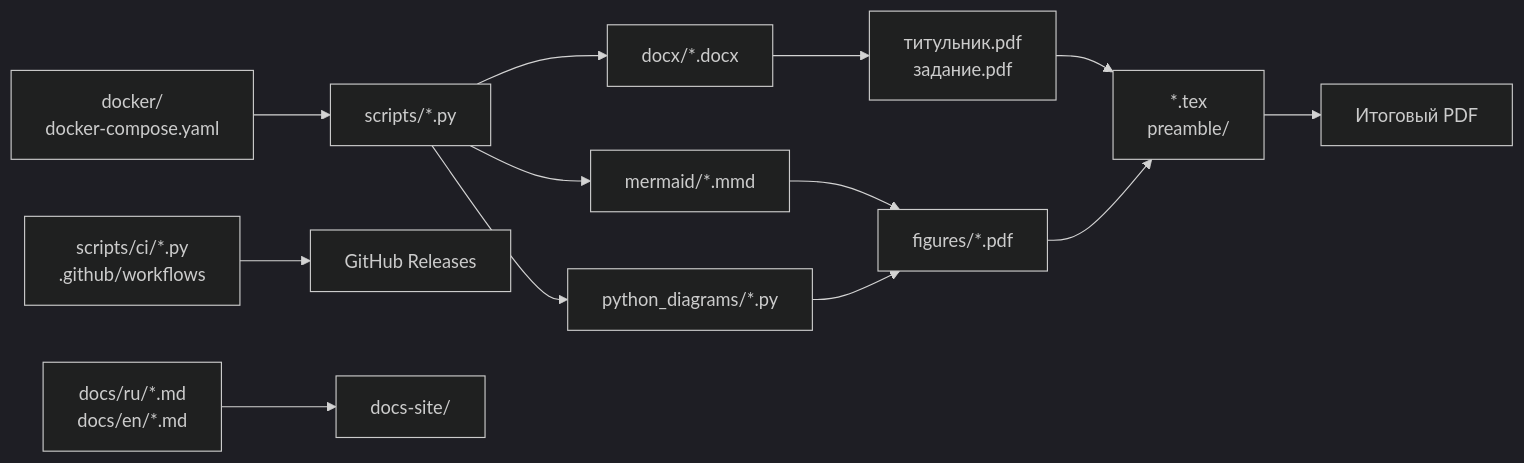
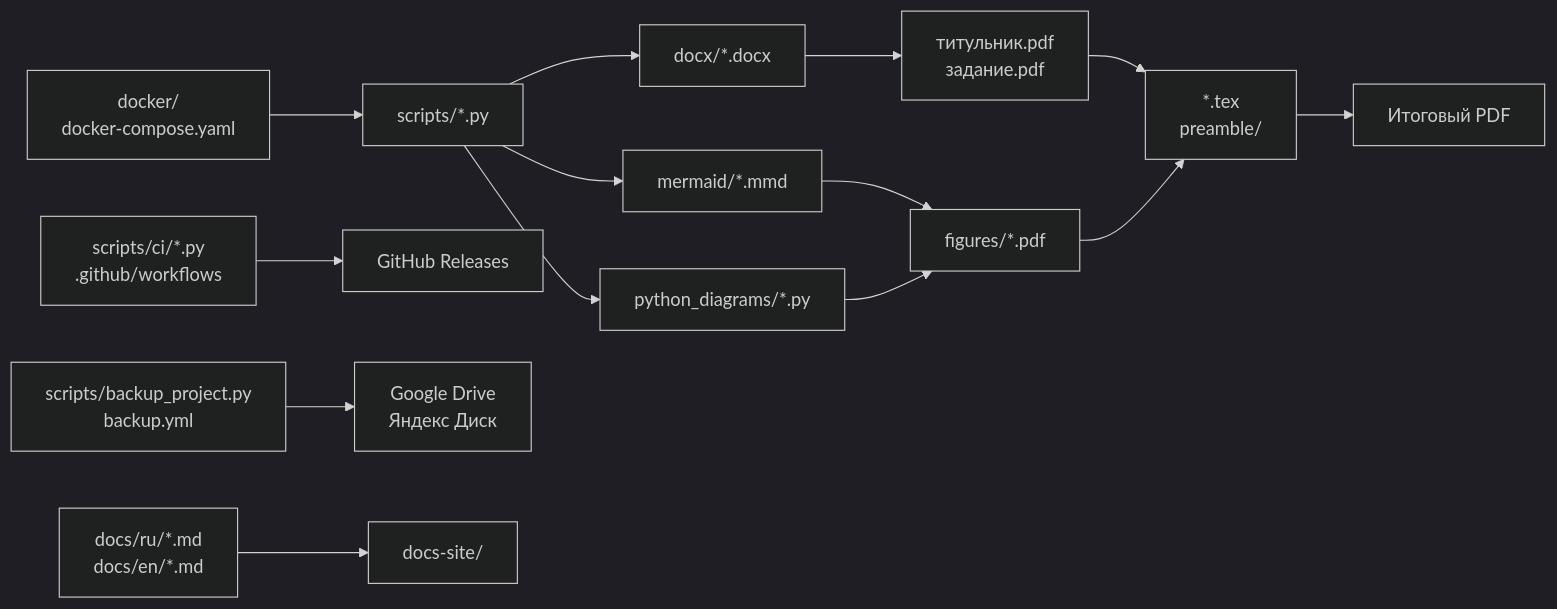
The diagram in docs/ru/project-structure.md (ethercod3/latex_thesis_template), drawn with Mermaid (dark theme) before and after one commit. The commit also changed other lines of this file and 12 other files, not shown here.

Commit message:
feat: add backup documentation and integrate backup functionality into project structure

````diff
--- a/docs/ru/project-structure.md
+++ b/docs/ru/project-structure.md
@@ -3,15 +3,16 @@
 ```mermaid
 flowchart LR
     TEX["*.tex<br/>preamble/"] --> PDF["Итоговый PDF"]
     DOCX["docx/*.docx"] --> TITLE["титульник.pdf<br/>задание.pdf"]
     MMD["mermaid/*.mmd"] --> FIGURES["figures/*.pdf"]
     PYD["python_diagrams/*.py"] --> FIGURES
     TITLE --> TEX
     FIGURES --> TEX
     SCRIPTS["scripts/*.py"] --> DOCX
     SCRIPTS --> MMD
     SCRIPTS --> PYD
     CI["scripts/ci/*.py<br/>.github/workflows"] --> RELEASE["GitHub Releases"]
+    BACKUP["scripts/backup_project.py<br/>backup.yml"] --> CLOUD["Google Drive<br/>Яндекс Диск"]
     DOCKER["docker/<br/>docker-compose.yaml"] --> SCRIPTS
     DOCS["docs/ru/*.md<br/>docs/en/*.md"] --> SITE["docs-site/"]
 ```
````
